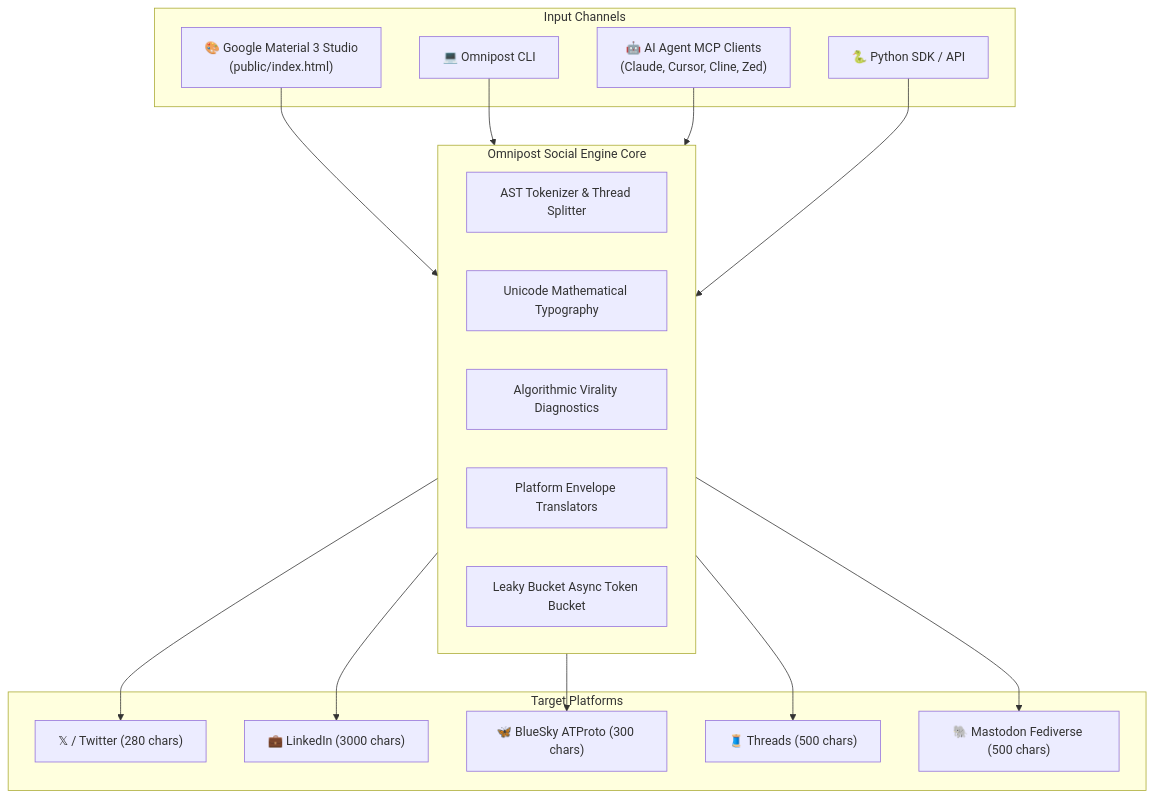
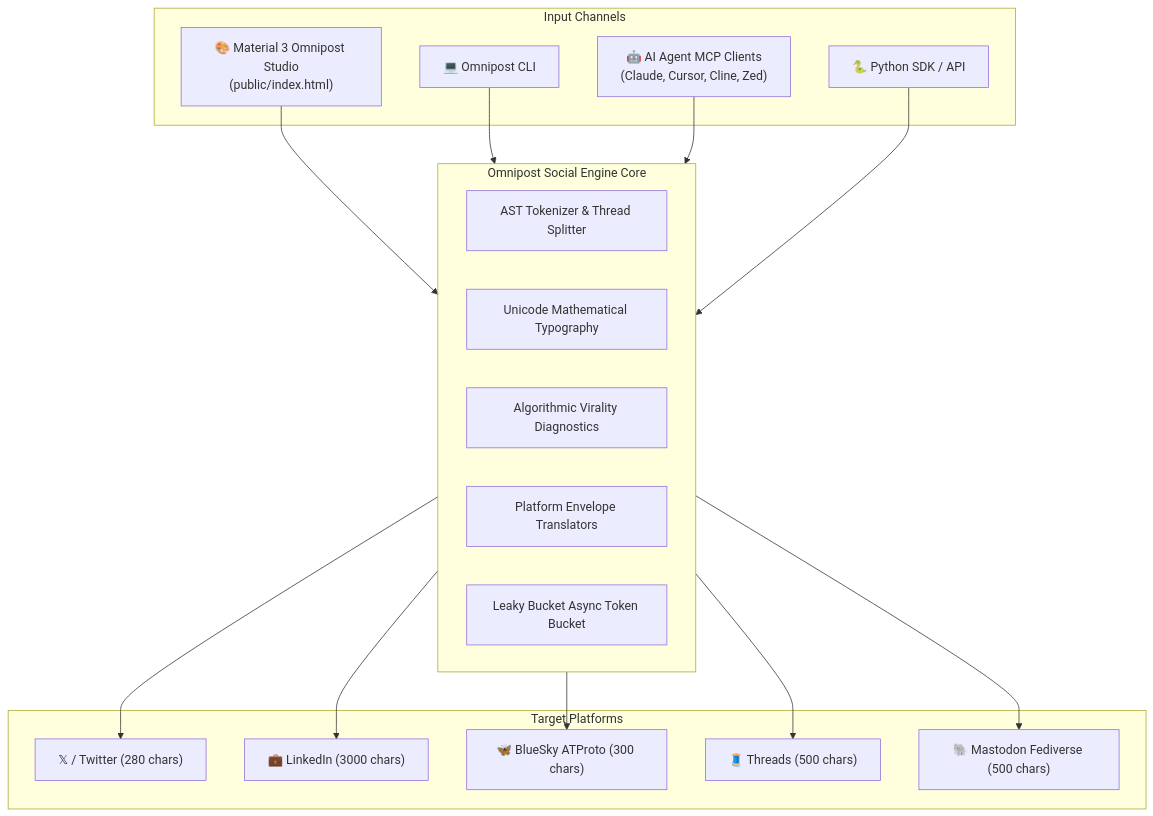
One commit to 1nc0gn30/omnipost-social-engine changed the diagram in README.md. Above: the diagram before and after it, drawn with Mermaid. The commit also changed other lines of this file and 2 other files, not shown here.

Commit message:
rebrand: Omnipost Studio branding with Material 3 design influence

````diff
--- a/README.md
+++ b/README.md
@@ -52,36 +53,36 @@
 ```mermaid
 flowchart TD
     subgraph Input["Input Channels"]
-        Studio["🎨 Google Material 3 Studio<br/>(public/index.html)"]
+        Studio["🎨 Material 3 Omnipost Studio<br/>(public/index.html)"]
         CLI["💻 Omnipost CLI"]
         MCP["🤖 AI Agent MCP Clients<br/>(Claude, Cursor, Cline, Zed)"]
         PyAPI["🐍 Python SDK / API"]
     end
 
     subgraph Core["Omnipost Social Engine Core"]
         Tokenizer["AST Tokenizer & Thread Splitter"]
         UnicodeEngine["Unicode Mathematical Typography"]
         ViralityScorer["Algorithmic Virality Diagnostics"]
         EnvelopeEngine["Platform Envelope Translators"]
         RateLimiter["Leaky Bucket Async Token Bucket"]
     end
 
     subgraph Outputs["Target Platforms"]
         TW["𝕏 / Twitter (280 chars)"]
         LI["💼 LinkedIn (3000 chars)"]
         BS["🦋 BlueSky ATProto (300 chars)"]
         TH["🧵 Threads (500 chars)"]
         MA["🐘 Mastodon Fediverse (500 chars)"]
     end
 
     Studio --> Core
     CLI --> Core
     MCP --> Core
     PyAPI --> Core
 
     Core --> TW
     Core --> LI
     Core --> BS
     Core --> TH
     Core --> MA
 ```
````
